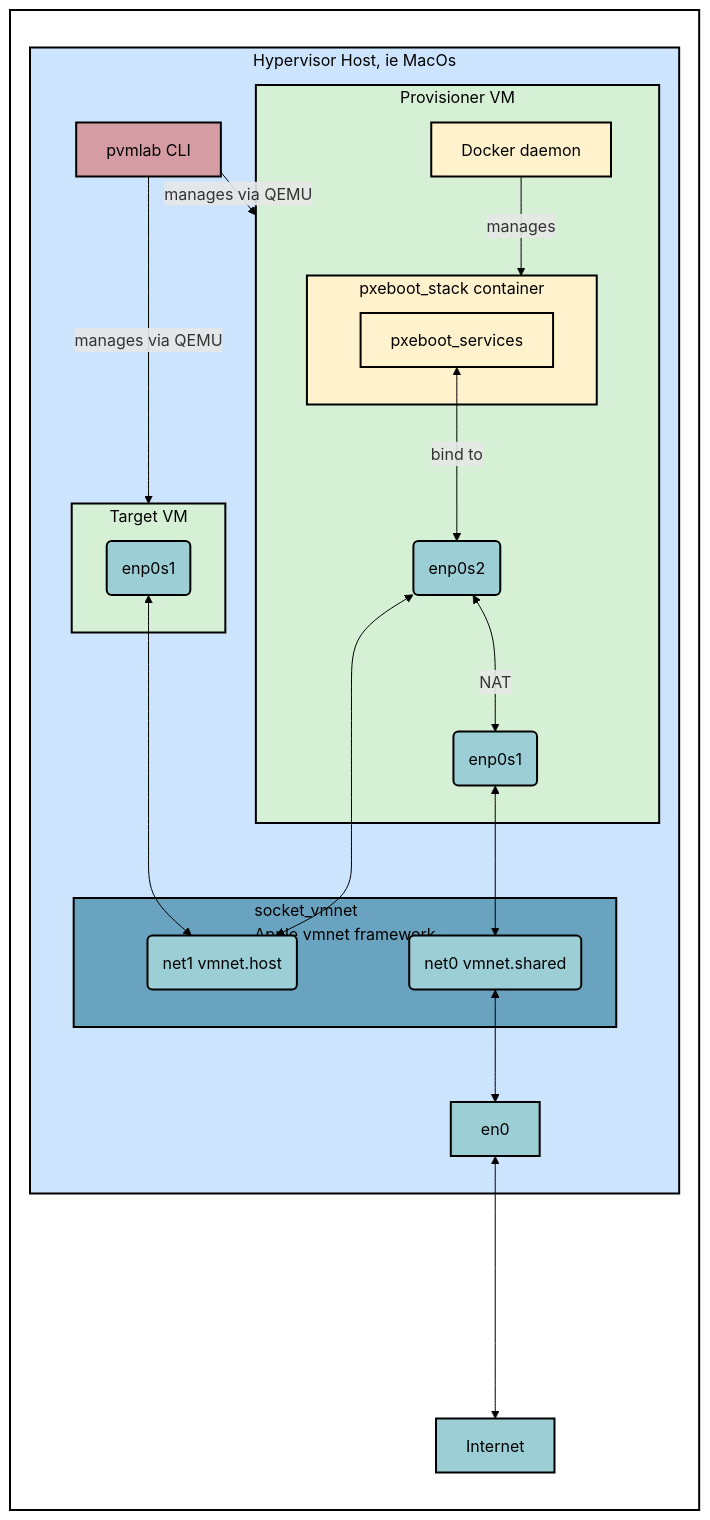
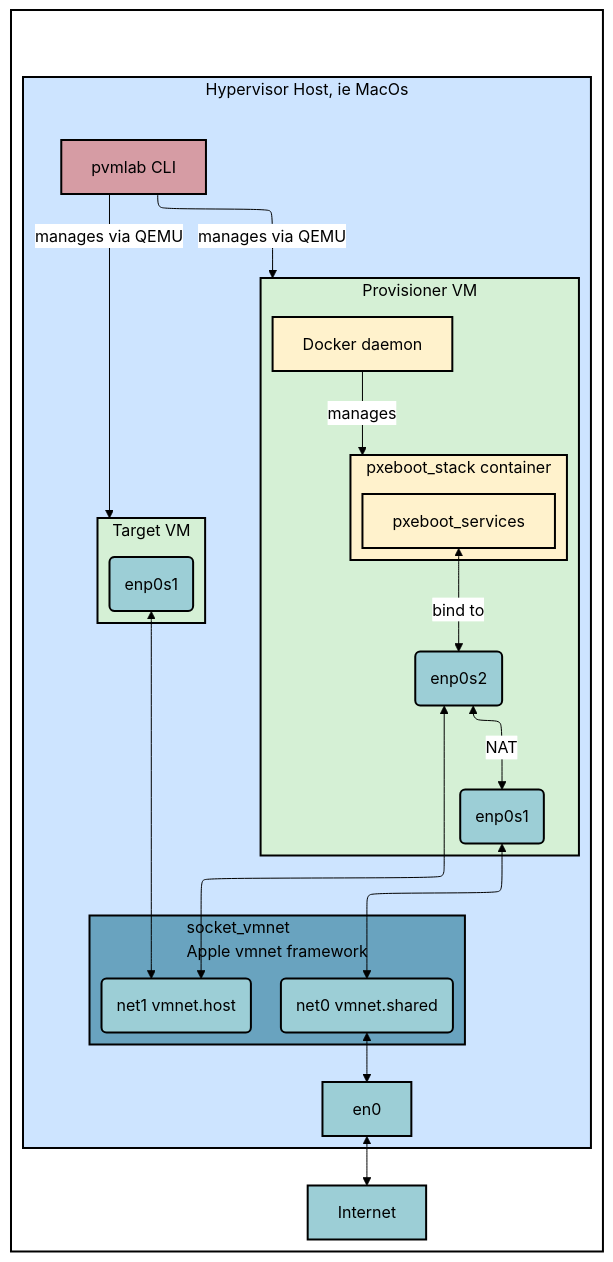
Before and after one commit to pallotron/pvmlab: the diagram in README.md, drawn with Mermaid.

````diff
--- a/README.md
+++ b/README.md
@@ -21,58 +21,63 @@
 ```mermaid
-graph LR
+---
+config:
+    theme: neutral
+    layout: elk
+---
+flowchart
 %% Define style classes for different components
 classDef hostStyle fill:#cde4ff,stroke:black,stroke-width:2px,color:#000
 classDef vmStyle fill:#d5f0d5,stroke:black,stroke-width:2px,color:#000
 classDef dockerStyle fill:#fff2cc,stroke:black,stroke-width:2px,color:#000
 classDef interfaceStyle fill:#9cced6,stroke:black,stroke-width:2px,color:#000
 classDef cliStyle fill:#d69ca4,stroke:black,stroke-width:2px,color:#000
 classDef socketVmnetStyle fill:#69a3bf,stroke:black,stroke-width:2px,color:#000
 classDef backgroundStyle fill:white,stroke:black,stroke-width:2px,color:#000
 
 subgraph G [ ]
     subgraph H [Hypervisor Host, ie MacOs]
         cli[pvmlab CLI]
         en0
         subgraph V [Provisioner VM]
             provisioner_vm_enp0s1(enp0s1)
             provisioner_vm_enp0s2(enp0s2)
             Docker[Docker daemon]
             subgraph "pxeboot_stack" [pxeboot_stack container]
                 pxeboot_services
             end
         end
         subgraph T [Target VM]
             target_vm_enp0s1(enp0s1)
         end
         subgraph N [socket_vmnet<br/>Apple vmnet framework]
             virtual_net1_private(net1 vmnet.host)
             virtual_net0_shared(net0 vmnet.shared)
         end
     end
     Internet
 end
 
 
 en0 <----> Internet
 Docker -- manages --> pxeboot_stack
 provisioner_vm_enp0s1 <--> virtual_net0_shared
 provisioner_vm_enp0s2 <---> virtual_net1_private
 provisioner_vm_enp0s2 <-- NAT --> provisioner_vm_enp0s1
 target_vm_enp0s1 <---> virtual_net1_private
 pxeboot_services <-- bind to --> provisioner_vm_enp0s2
 virtual_net0_shared <--> en0
 cli -- manages via QEMU --> V
 cli -- manages via QEMU --> T
 
 
 %% Apply the defined classes to the nodes
 class H hostStyle
 class G backgroundStyle
 class pxeboot_stack,Docker,pxeboot_services dockerStyle
 class V,T vmStyle
 class target_vm_enp0s1,provisioner_vm_enp0s1,provisioner_vm_enp0s2,provisioner_vm_enp0s3,en0,virtual_net0_shared,virtual_net1_private interfaceStyle
 class cli cliStyle
 class N socketVmnetStyle
 class Internet interfaceStyle
 linkStyle default stroke:black
 ```
````
